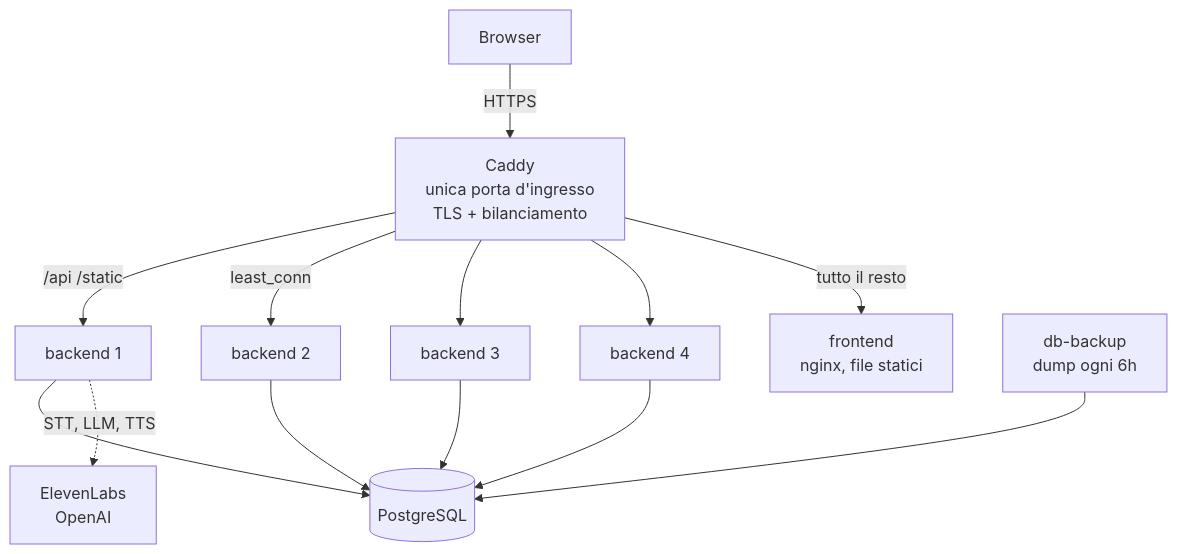
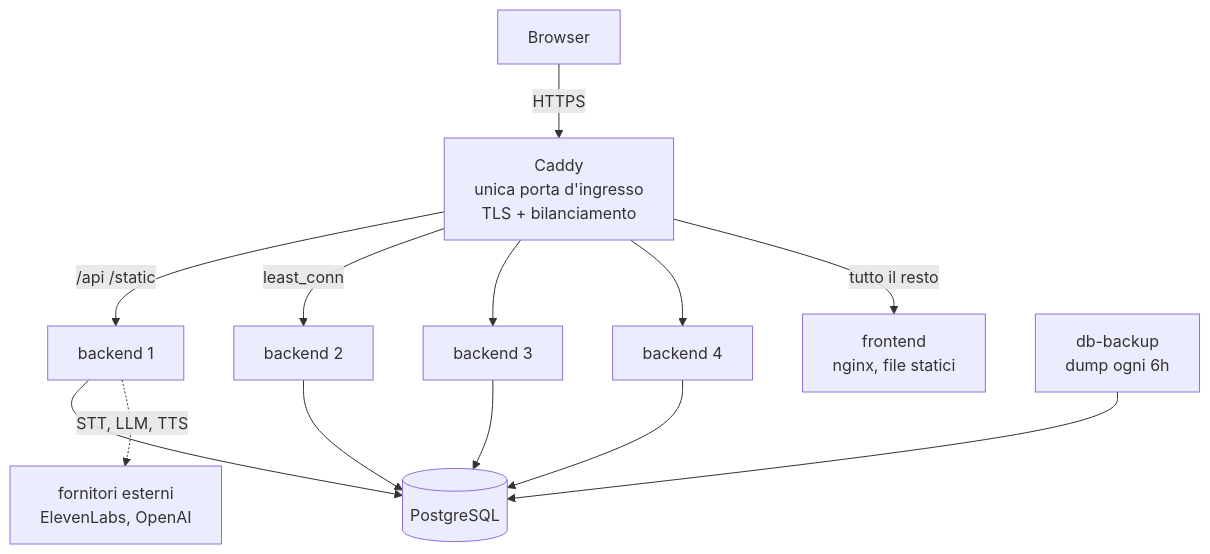
The diagram in docs/infrastruttura.md (DavideZanellato99/SkillLab), drawn with Mermaid before and after one commit. The commit also changed 33 other files, not shown here.

Commit message:
scelta env per usare openai o gemini per llm chiamata e per usare cartesia o elevenlabs per tts

````diff
--- a/docs/infrastruttura.md
+++ b/docs/infrastruttura.md
@@ -15,15 +15,15 @@
 ```mermaid
 flowchart TD
     B["Browser"] -->|HTTPS| C["Caddy<br/>unica porta d'ingresso<br/>TLS + bilanciamento"]
     C -->|"/api  /static"| BE1["backend 1"]
     C -->|least_conn| BE2["backend 2"]
     C --> BE3["backend 3"]
     C --> BE4["backend 4"]
     C -->|"tutto il resto"| FE["frontend<br/>nginx, file statici"]
     BE1 --> DB[("PostgreSQL")]
     BE2 --> DB
     BE3 --> DB
     BE4 --> DB
-    BE1 -.->|"STT, LLM, TTS"| EXT["ElevenLabs<br/>OpenAI"]
+    BE1 -.->|"STT, LLM, TTS"| EXT["fornitori esterni<br/>ElevenLabs, OpenAI"]
     BK["db-backup<br/>dump ogni 6h"] --> DB
 ```
````
